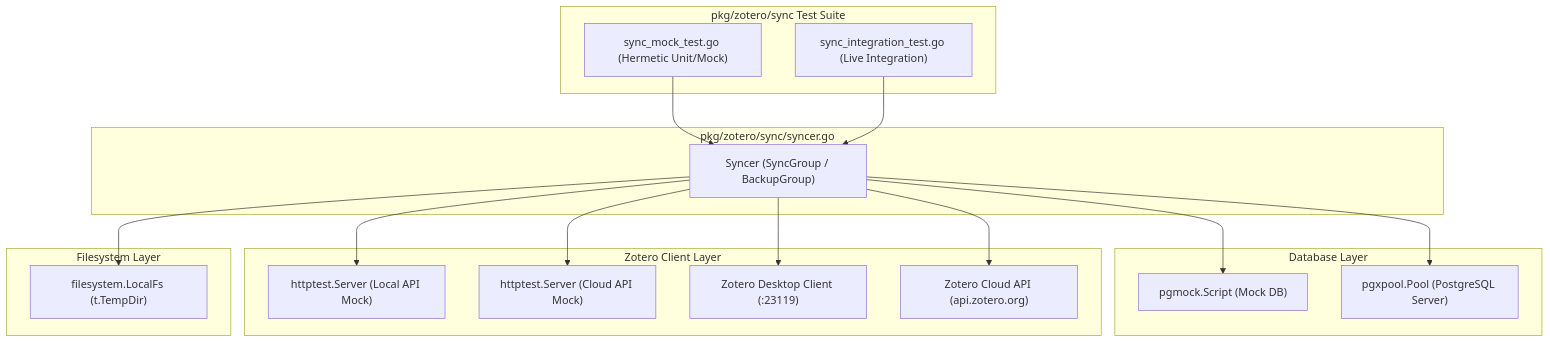
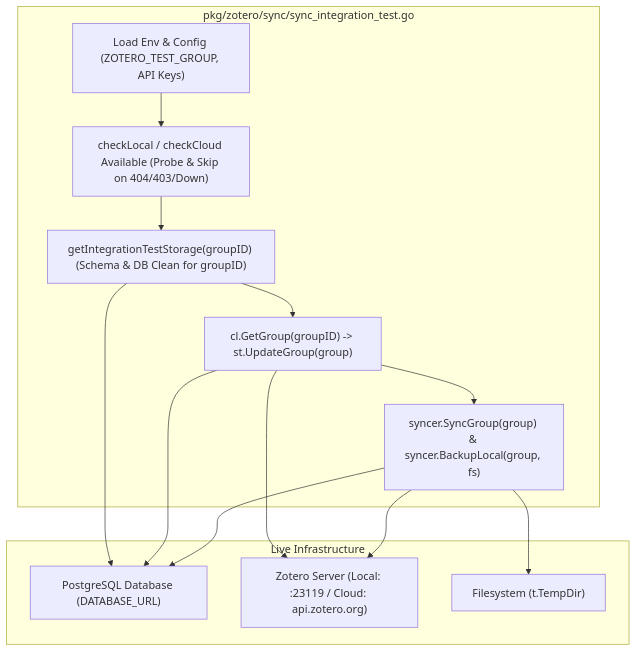
Before and after one commit to je4/zsync: the diagram in .junie/plans/zotero-sync-tests-mock-and-server.md, drawn with Mermaid. The commit also changed other lines of this file and 11 other files, not shown here.

Commit message:
Add integration and lifecycle tests for Zotero sync: database, files, local/cloud APIs.

````diff
--- a/.junie/plans/zotero-sync-tests-mock-and-server.md
+++ b/.junie/plans/zotero-sync-tests-mock-and-server.md
@@ -57,38 +59,27 @@
 ```mermaid
 graph TD
-    subgraph TestSuite ["pkg/zotero/sync Test Suite"]
-        SyncMockTest["sync_mock_test.go (Hermetic Unit/Mock)"]
-        SyncIntegTest["sync_integration_test.go (Live Integration)"]
+    subgraph IntegrationTestSuite ["pkg/zotero/sync/sync_integration_test.go"]
+        ConfigLoad["Load Env & Config (ZOTERO_TEST_GROUP, API Keys)"]
+        AvailCheck["checkLocal / checkCloud Available (Probe & Skip on 404/403/Down)"]
+        DBSetup["getIntegrationTestStorage(groupID) (Schema & DB Clean for groupID)"]
+        GroupInit["cl.GetGroup(groupID) -> st.UpdateGroup(group)"]
+        SyncExec["syncer.SyncGroup(group) & syncer.BackupLocal(group, fs)"]
     end
 
-    subgraph SyncerCore ["pkg/zotero/sync/syncer.go"]
-        SyncerInstance["Syncer (SyncGroup / BackupGroup)"]
+    subgraph Backends ["Live Infrastructure"]
+        PgLive["PostgreSQL Database (DATABASE_URL)"]
+        ZoteroServer["Zotero Server (Local: :23119 / Cloud: api.zotero.org)"]
+        LocalFS["Filesystem (t.TempDir)"]
     end
 
-    subgraph Backends ["Database Layer"]
-        PgMock["pgmock.Script (Mock DB)"]
-        PgReal["pgxpool.Pool (PostgreSQL Server)"]
-    end
-
-    subgraph Clients ["Zotero Client Layer"]
-        HttpMockLocal["httptest.Server (Local API Mock)"]
-        HttpMockCloud["httptest.Server (Cloud API Mock)"]
-        LiveLocal["Zotero Desktop Client (:23119)"]
-        LiveCloud["Zotero Cloud API (api.zotero.org)"]
-    end
-
-    subgraph FilesystemLayer ["Filesystem Layer"]
-        TempFs["filesystem.LocalFs (t.TempDir)"]
-    end
-
-    SyncMockTest --> SyncerInstance
-    SyncIntegTest --> SyncerInstance
-
-    SyncerInstance --> PgMock
-    SyncerInstance --> PgReal
-    SyncerInstance --> HttpMockLocal
-    SyncerInstance --> HttpMockCloud
-    SyncerInstance --> LiveLocal
-    SyncerInstance --> LiveCloud
-    SyncerInstance --> TempFs
+    ConfigLoad --> AvailCheck
+    AvailCheck --> DBSetup
+    DBSetup --> PgLive
+    DBSetup --> GroupInit
+    GroupInit --> ZoteroServer
+    GroupInit --> PgLive
+    GroupInit --> SyncExec
+    SyncExec --> ZoteroServer
+    SyncExec --> PgLive
+    SyncExec --> LocalFS
 ```
````
